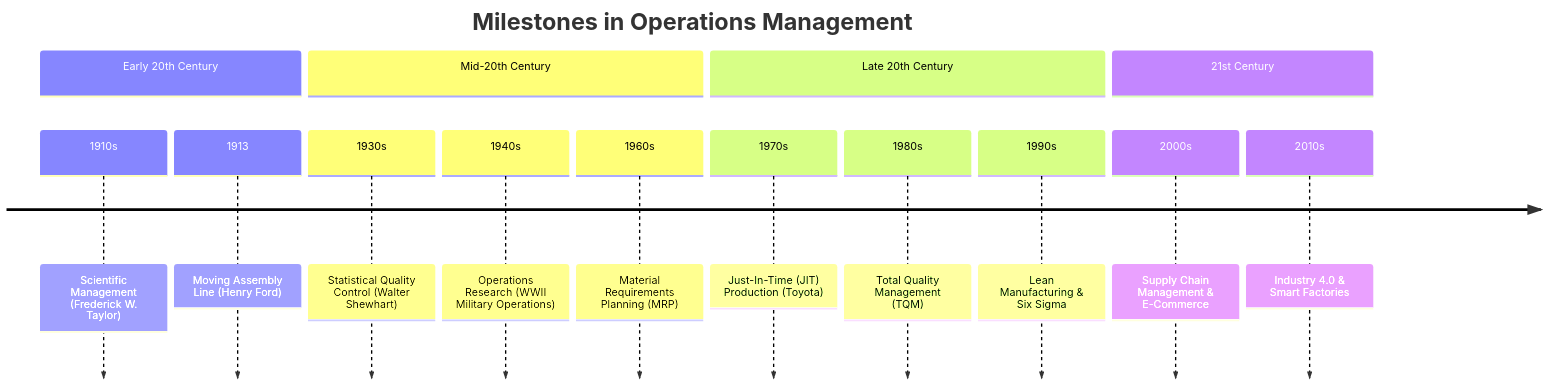
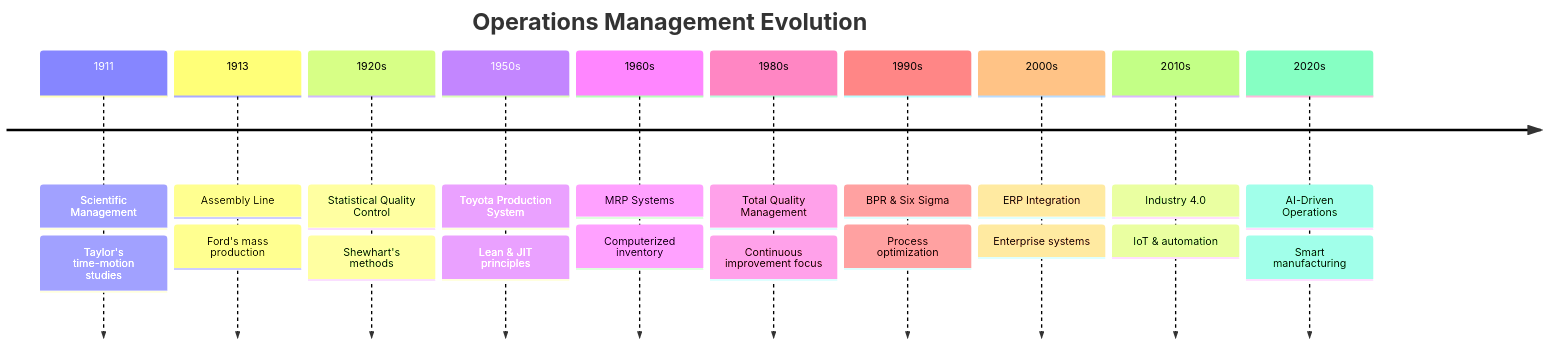
The diagram in timeline/Business and Administration/markdowns/261_operations_management.md (elidepb/mermaid_corpus), drawn with Mermaid before and after one commit. The commit also changed 3129 other files, not shown here.

````diff
--- a/timeline/Business and Administration/markdowns/261_operations_management.md
+++ b/timeline/Business and Administration/markdowns/261_operations_management.md
@@ -1,18 +1,24 @@
 ```mermaid
 timeline
-    title Milestones in Operations Management
-    section Early 20th Century
-        1910s : Scientific Management (Frederick W. Taylor)
-        1913 : Moving Assembly Line (Henry Ford)
-    section Mid-20th Century
-        1930s : Statistical Quality Control (Walter Shewhart)
-        1940s : Operations Research (WWII Military Operations)
-        1960s : Material Requirements Planning (MRP)
-    section Late 20th Century
-        1970s : Just-In-Time (JIT) Production (Toyota)
-        1980s : Total Quality Management (TQM)
-        1990s : Lean Manufacturing & Six Sigma
-    section 21st Century
-        2000s : Supply Chain Management & E-Commerce
-        2010s : Industry 4.0 & Smart Factories
+    title Operations Management Evolution
+    1911 : Scientific Management
+         : Taylor's time-motion studies
+    1913 : Assembly Line
+         : Ford's mass production
+    1920s : Statistical Quality Control
+          : Shewhart's methods
+    1950s : Toyota Production System
+          : Lean & JIT principles
+    1960s : MRP Systems
+          : Computerized inventory
+    1980s : Total Quality Management
+          : Continuous improvement focus
+    1990s : BPR & Six Sigma
+          : Process optimization
+    2000s : ERP Integration
+          : Enterprise systems
+    2010s : Industry 4.0
+          : IoT & automation
+    2020s : AI-Driven Operations
+          : Smart manufacturing
 ```
````
